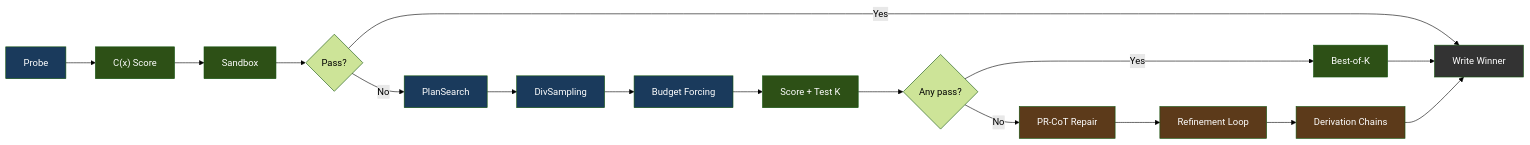
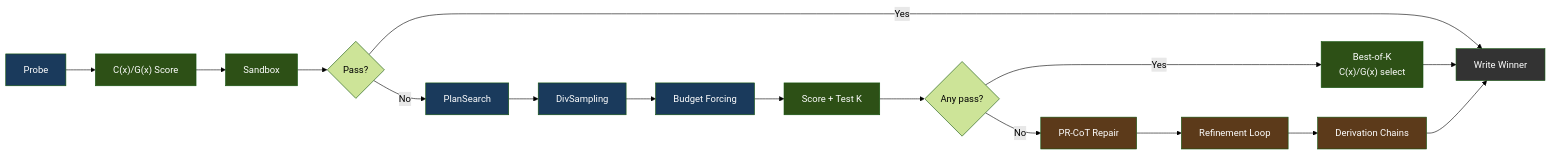
The diagram in README.md (itigges22/ATLAS), drawn with Mermaid (forest theme) before and after one commit.

Commit message:
Add G(x) alongside C(x) in pipeline flowchart

````diff
--- a/README.md
+++ b/README.md
@@ -140,21 +140,21 @@
 ```mermaid
 flowchart LR
-  Probe["Probe"] --> GL1["C(x) Score"] --> SB1["Sandbox"] --> Pass1{"Pass?"}
+  Probe["Probe"] --> GL1["C(x)/G(x) Score"] --> SB1["Sandbox"] --> Pass1{"Pass?"}
   Pass1 -->|"Yes"| Done["Write Winner"]
   Pass1 -->|"No"| PS["PlanSearch"] --> DS["DivSampling"] --> BF["Budget Forcing"] --> GL2["Score + Test K"] --> Pass2{"Any pass?"}
-  Pass2 -->|"Yes"| Select["Best-of-K"] --> Done
+  Pass2 -->|"Yes"| Select["Best-of-K\nC(x)/G(x) select"] --> Done
   Pass2 -->|"No"| PR["PR-CoT Repair"] --> RL["Refinement Loop"] --> DC["Derivation Chains"] --> Done
 
   style Probe fill:#1a3a5c,color:#fff
   style GL1 fill:#2d5016,color:#fff
   style SB1 fill:#2d5016,color:#fff
   style PS fill:#1a3a5c,color:#fff
   style DS fill:#1a3a5c,color:#fff
   style BF fill:#1a3a5c,color:#fff
   style GL2 fill:#2d5016,color:#fff
   style Select fill:#2d5016,color:#fff
   style PR fill:#5c3a1a,color:#fff
   style RL fill:#5c3a1a,color:#fff
   style DC fill:#5c3a1a,color:#fff
   style Done fill:#333,color:#fff
 ```
````
